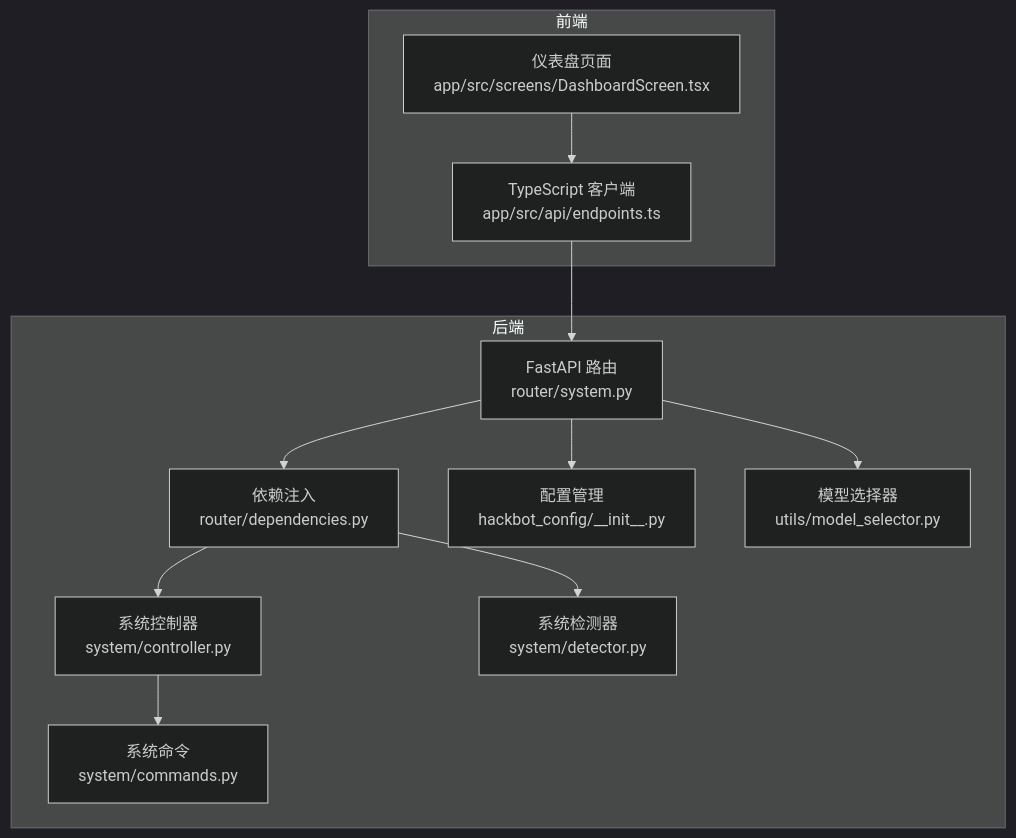
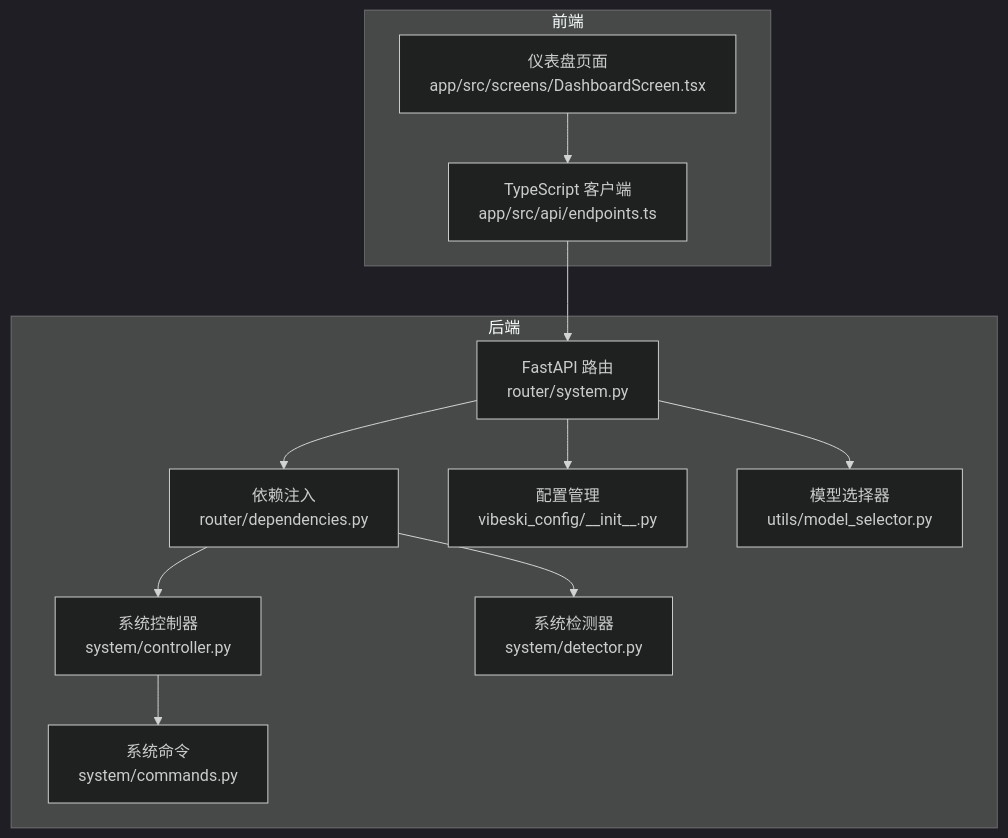
Before and after one commit to crabin/VIBESKI: the first of 4 diagrams in .qoder/repowiki/zh/content/API接口文档/系统管理接口.md, drawn with Mermaid (dark theme). The commit also changed other lines of this file and 170 other files, not shown here.

Commit message:
chore: rename all secbot/hackbot identifiers to vibeski

````diff
--- a/.qoder/repowiki/zh/content/API接口文档/系统管理接口.md
+++ b/.qoder/repowiki/zh/content/API接口文档/系统管理接口.md
@@ -55,24 +55,24 @@
 ```mermaid
 graph TB
 subgraph "后端"
 R["FastAPI 路由<br/>router/system.py"]
 D["依赖注入<br/>router/dependencies.py"]
 C["系统控制器<br/>system/controller.py"]
 CMD["系统命令<br/>system/commands.py"]
 DET["系统检测器<br/>system/detector.py"]
-CFG["配置管理<br/>hackbot_config/__init__.py"]
+CFG["配置管理<br/>vibeski_config/__init__.py"]
 MS["模型选择器<br/>utils/model_selector.py"]
 end
 subgraph "前端"
 TS["TypeScript 客户端<br/>app/src/api/endpoints.ts"]
 UI["仪表盘页面<br/>app/src/screens/DashboardScreen.tsx"]
 end
 TS --> R
 UI --> TS
 R --> D
 D --> C
 D --> DET
 C --> CMD
 R --> CFG
 R --> MS
 ```
````
